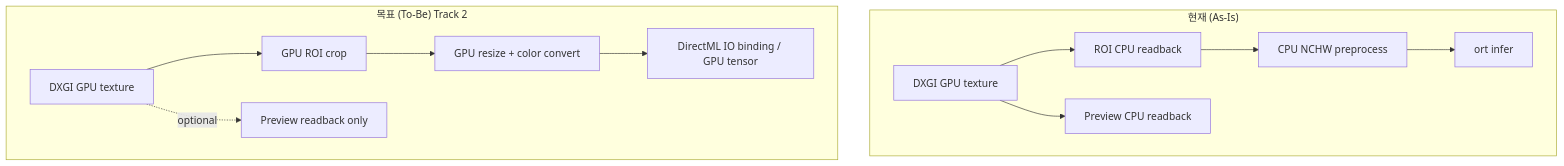
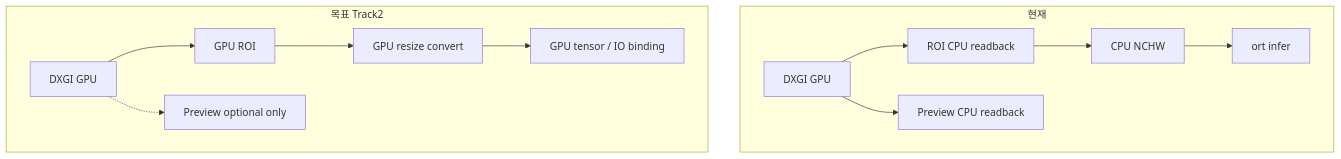
One commit to NAMUORI00/display-share changed the eighth of 8 diagrams in pages/arch.md. Above: the diagram before and after it, drawn with Mermaid. The commit also changed other lines of this file and 25 other files, not shown here.

First line of the commit message:
docs(wiki): complete pages for current privacy/DXGI architecture

````diff
--- a/pages/arch.md
+++ b/pages/arch.md
@@ -206,16 +190,15 @@
 ```mermaid
 flowchart TB
-  subgraph Now["현재 (As-Is)"]
-    N1["DXGI GPU texture"] --> N2["ROI CPU readback"]
-    N2 --> N3["CPU NCHW preprocess"]
-    N3 --> N4["ort infer"]
-    N1 --> N5["Preview CPU readback"]
+  subgraph AsIs[현재]
+    A1[DXGI GPU] --> A2[ROI CPU readback]
+    A2 --> A3[CPU NCHW]
+    A3 --> A4[ort infer]
+    A1 --> A5[Preview CPU readback]
   end
-
-  subgraph Goal["목표 (To-Be) Track 2"]
-    G1["DXGI GPU texture"] --> G2["GPU ROI crop"]
-    G2 --> G3["GPU resize + color convert"]
-    G3 --> G4["DirectML IO binding / GPU tensor"]
-    G1 -.->|optional| G5["Preview readback only"]
+  subgraph ToBe[목표 Track2]
+    B1[DXGI GPU] --> B2[GPU ROI]
+    B2 --> B3[GPU resize convert]
+    B3 --> B4[GPU tensor / IO binding]
+    B1 -.-> B5[Preview optional only]
   end
 ```
````
